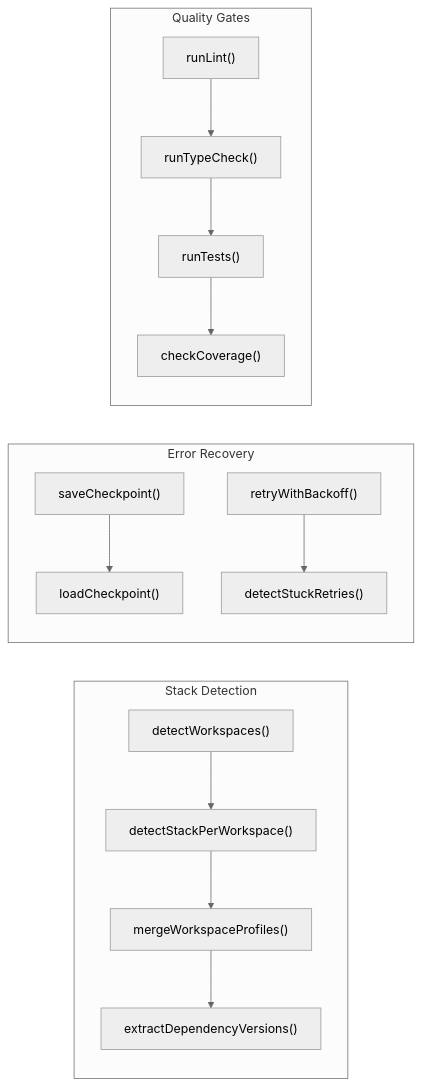
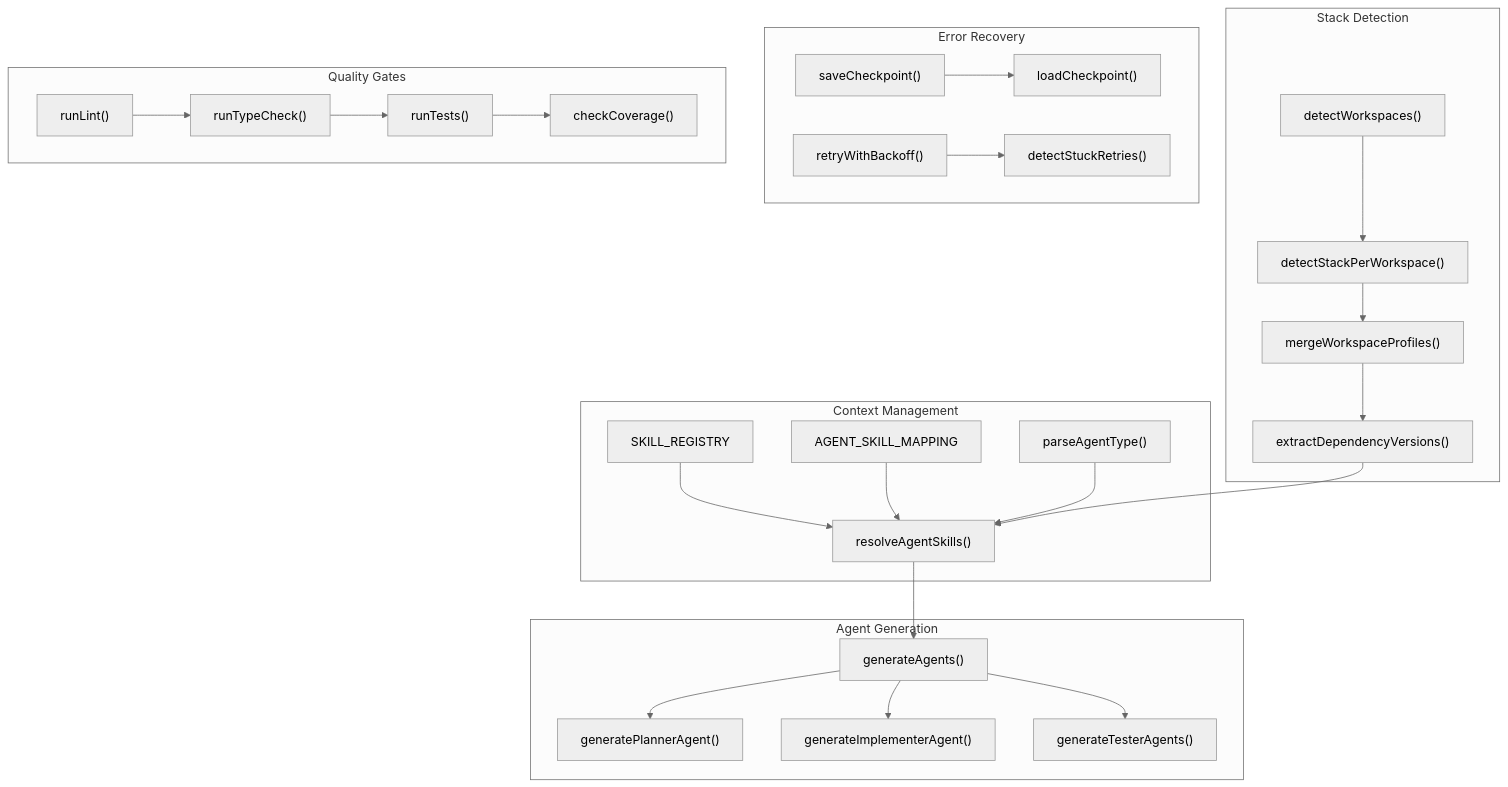
The diagram in ai-agentic-framework/docs/ARCHITECTURE.md (sosagraviel/hincha-cup), drawn with Mermaid (neutral theme) before and after one commit. The commit also changed other lines of this file and 5 other files, not shown here.

````diff
--- a/ai-agentic-framework/docs/ARCHITECTURE.md
+++ b/ai-agentic-framework/docs/ARCHITECTURE.md
@@ -749,31 +1304,54 @@
 ```mermaid
-graph LR
+graph TB
     subgraph "Stack Detection"
         A["detectWorkspaces()"]
         B["detectStackPerWorkspace()"]
         C["mergeWorkspaceProfiles()"]
         D["extractDependencyVersions()"]
         A --> B
         B --> C
         C --> D
+    end
+
+    subgraph "Context Management"
+        CM1["SKILL_REGISTRY"]
+        CM2["AGENT_SKILL_MAPPING"]
+        CM3["resolveAgentSkills()"]
+        CM4["parseAgentType()"]
+        CM1 --> CM3
+        CM2 --> CM3
+        CM4 --> CM3
+    end
+
+    subgraph "Agent Generation"
+        AG1["generateAgents()"]
+        AG2["generatePlannerAgent()"]
+        AG3["generateImplementerAgent()"]
+        AG4["generateTesterAgents()"]
+        AG1 --> AG2
+        AG1 --> AG3
+        AG1 --> AG4
     end
 
     subgraph "Error Recovery"
         E["saveCheckpoint()"]
         F["loadCheckpoint()"]
         G["retryWithBackoff()"]
         H["detectStuckRetries()"]
         E --> F
         G --> H
     end
 
     subgraph "Quality Gates"
         I["runLint()"]
         J["runTypeCheck()"]
         K["runTests()"]
         L["checkCoverage()"]
         I --> J
         J --> K
         K --> L
     end
+
+    D --> CM3
+    CM3 --> AG1
 ```
````
